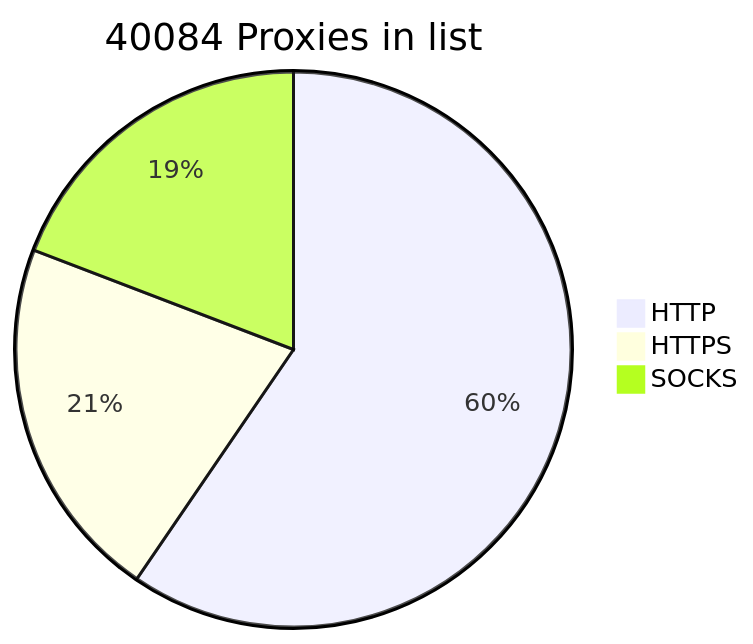
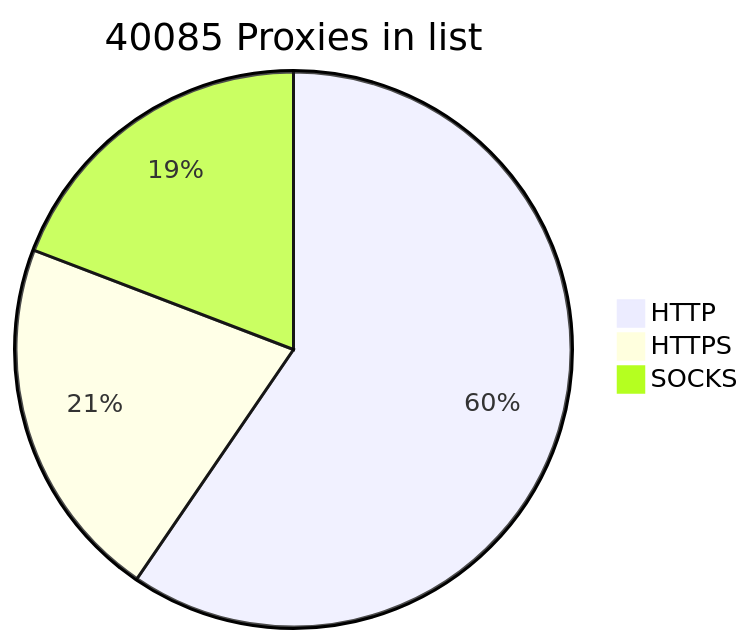
The diagram in README.md (BlackSnowDot/proxylist-update-every-minute), drawn with Mermaid before and after one commit.

````diff
--- a/README.md
+++ b/README.md
@@ -2,6 +2,6 @@
 ```mermaid
-pie title 40084 Proxies in list
+pie title 40085 Proxies in list
     "HTTP" : 27834
     "HTTPS": 9951
-    "SOCKS" : 8968
+    "SOCKS" : 8969
 ```
````
